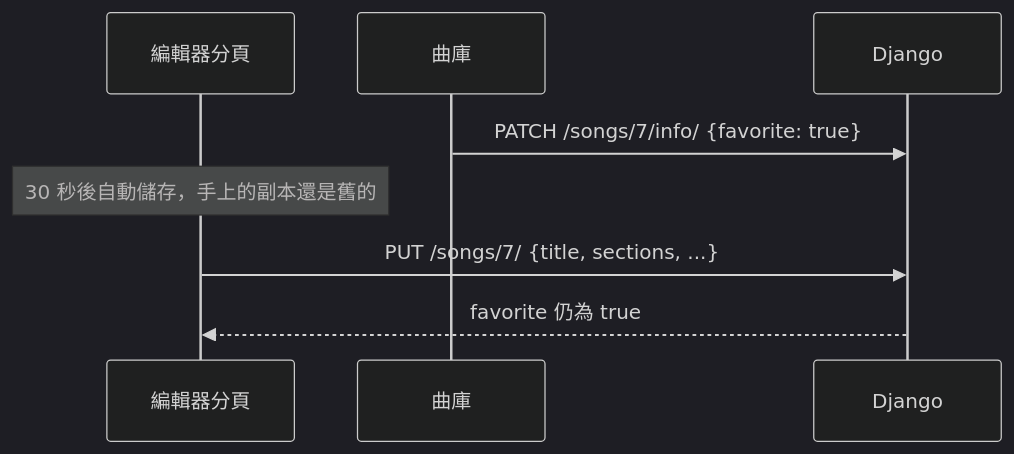
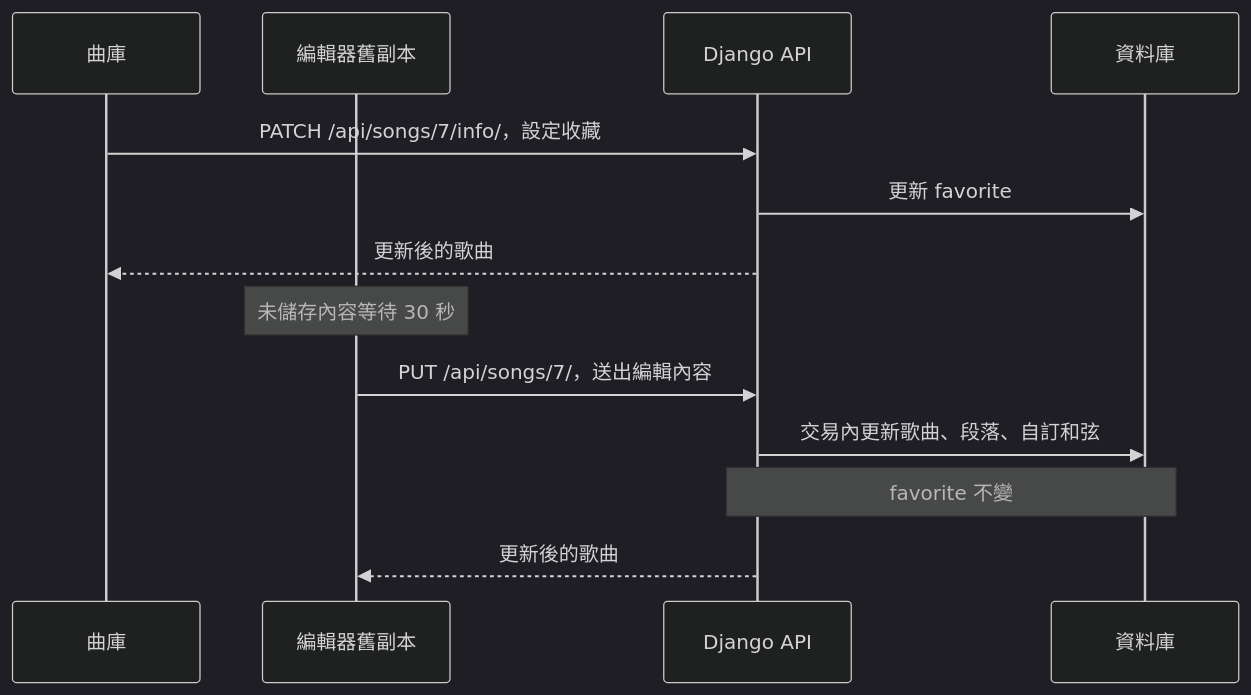
The first of 2 diagrams in docs/DESIGN.md (karevin07/guitarflow-studio), drawn with Mermaid (dark theme) before and after one commit. The commit also changed other lines of this file and 17 other files, not shown here.

````diff
--- a/docs/DESIGN.md
+++ b/docs/DESIGN.md
@@ -52,10 +20,16 @@
 ```mermaid
 sequenceDiagram
-    participant Editor as 編輯器分頁
     participant Library as 曲庫
-    participant API as Django
-    Library->>API: PATCH /songs/7/info/ {favorite: true}
-    Note over Editor: 30 秒後自動儲存，手上的副本還是舊的
-    Editor->>API: PUT /songs/7/ {title, sections, ...}
-    API-->>Editor: favorite 仍為 true
+    participant Editor as 編輯器舊副本
+    participant API as Django API
+    participant DB as 資料庫
+
+    Library->>API: PATCH /api/songs/7/info/，設定收藏
+    API->>DB: 更新 favorite
+    API-->>Library: 更新後的歌曲
+    Note over Editor: 未儲存內容等待 30 秒
+    Editor->>API: PUT /api/songs/7/，送出編輯內容
+    API->>DB: 交易內更新歌曲、段落、自訂和弦
+    Note over API,DB: favorite 不變
+    API-->>Editor: 更新後的歌曲
 ```
````
